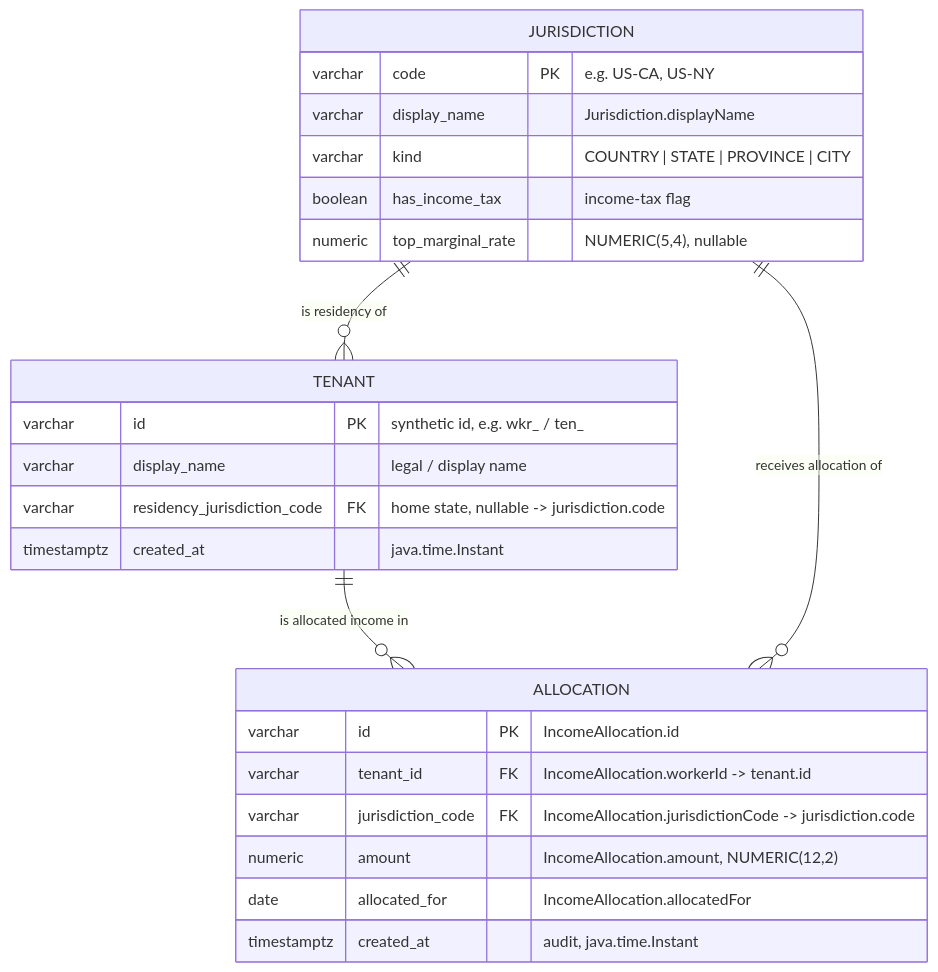
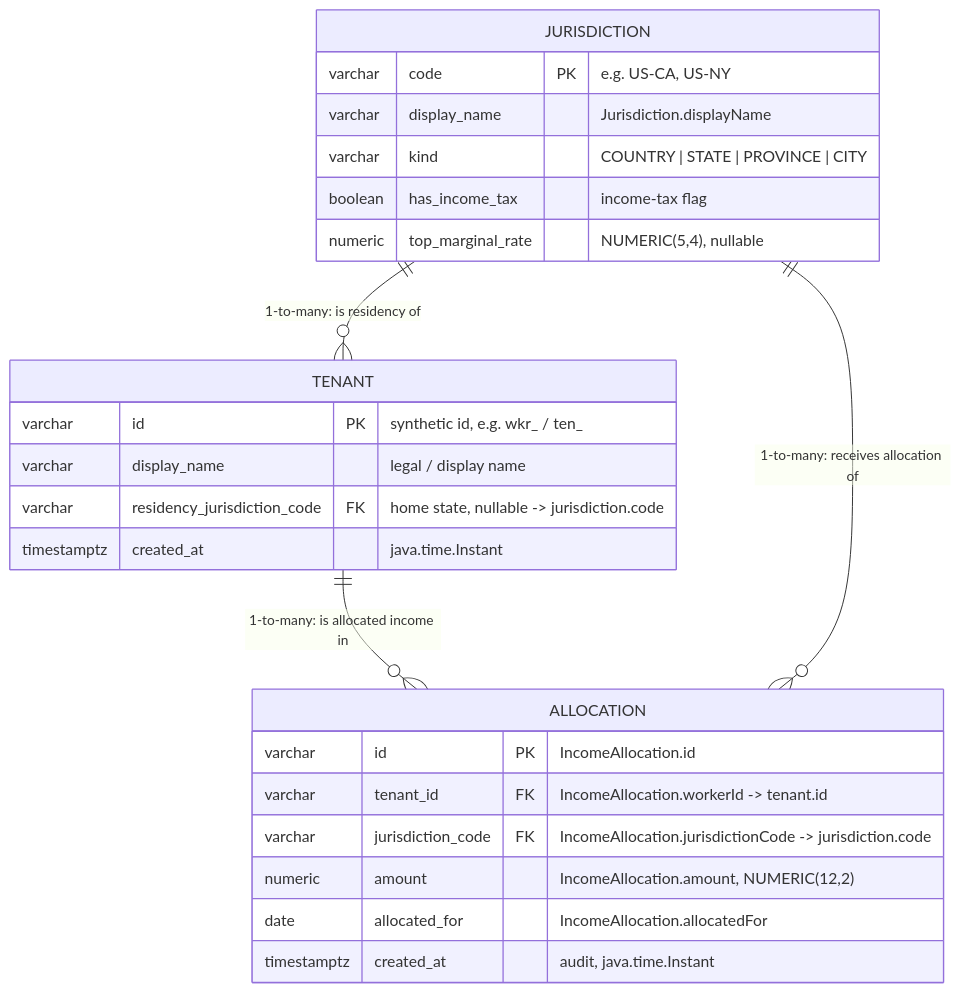
The diagram in db/README.md (satyamsingh566511-wq/satyam-singh-multi-state), drawn with Mermaid before and after one commit. The commit also changed 1 other file, not shown here.

````diff
--- a/db/README.md
+++ b/db/README.md
@@ -13,30 +13,30 @@
 ```mermaid
 erDiagram
-    TENANT ||--o{ ALLOCATION : "is allocated income in"
-    JURISDICTION ||--o{ ALLOCATION : "receives allocation of"
-    JURISDICTION ||--o{ TENANT : "is residency of"
+    TENANT ||--o{ ALLOCATION : "1-to-many: is allocated income in"
+    JURISDICTION ||--o{ ALLOCATION : "1-to-many: receives allocation of"
+    JURISDICTION ||--o{ TENANT : "1-to-many: is residency of"
 
     TENANT {
         varchar     id                          PK "synthetic id, e.g. wkr_ / ten_"
         varchar     display_name                   "legal / display name"
         varchar     residency_jurisdiction_code FK "home state, nullable -> jurisdiction.code"
         timestamptz created_at                      "java.time.Instant"
     }
 
     JURISDICTION {
         varchar     code           PK "e.g. US-CA, US-NY"
         varchar     display_name      "Jurisdiction.displayName"
         varchar     kind              "COUNTRY | STATE | PROVINCE | CITY"
         boolean     has_income_tax    "income-tax flag"
         numeric     top_marginal_rate "NUMERIC(5,4), nullable"
     }
 
     ALLOCATION {
         varchar     id     PK "IncomeAllocation.id"
         varchar     tenant_id         FK "IncomeAllocation.workerId -> tenant.id"
         varchar     jurisdiction_code FK "IncomeAllocation.jurisdictionCode -> jurisdiction.code"
         numeric     amount               "IncomeAllocation.amount, NUMERIC(12,2)"
         date        allocated_for        "IncomeAllocation.allocatedFor"
         timestamptz created_at           "audit, java.time.Instant"
     }
 ```
````
